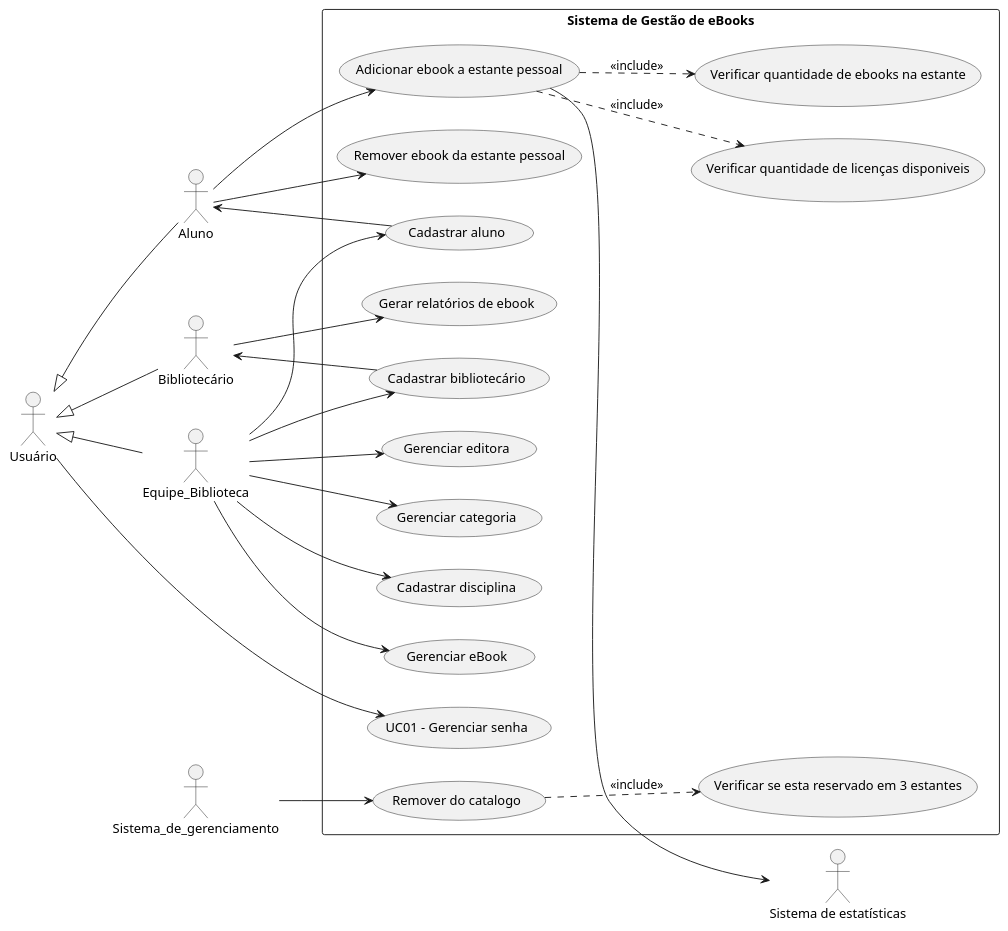
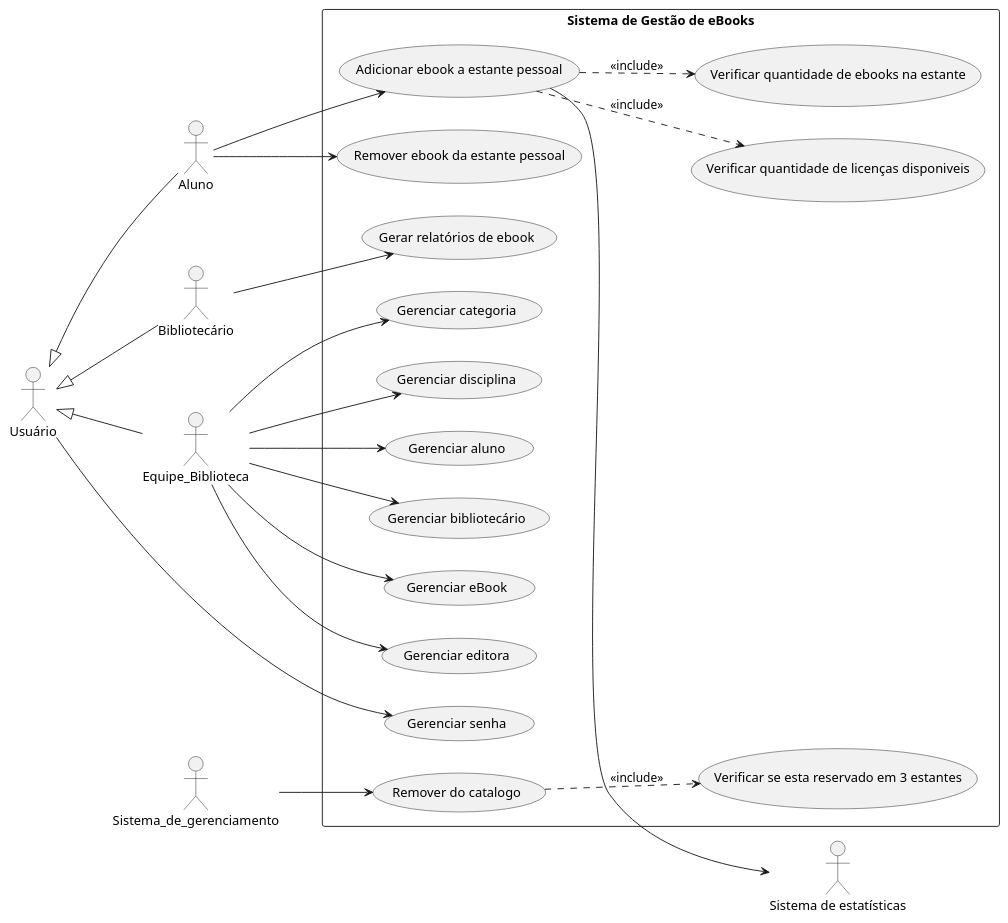
The diagram in docs/diagramas/casos-de-uso.puml (brunokilo/lab01-ebooks-biblioteca), drawn with PlantUML before and after one commit.

Commit message:
diagramas: substituição dos cadastrar por gerenciar

```diff
--- a/docs/diagramas/casos-de-uso.puml
+++ b/docs/diagramas/casos-de-uso.puml
@@ -1,54 +1,52 @@
 @startuml
 left to right direction
 skinparam packageStyle rectangle
 
 actor "Usuário" as Usuario
 actor Aluno
 actor "Bibliotecário" as Bibliotecario
 actor Equipe_Biblioteca
 actor Sistema_de_gerenciamento
 actor "Sistema de estatísticas" as Sistema_de_estatisticas
 
 rectangle "Sistema de Gestão de eBooks" {
-  usecase "UC01 - Gerenciar senha" as UC01
+  usecase "Gerenciar senha" as UC01
   usecase "Adicionar ebook a estante pessoal" as UC02
   usecase "Remover ebook da estante pessoal" as UC03
   usecase "Gerar relatórios de ebook" as UC04
   usecase "Gerenciar eBook" as UC05
   usecase "Gerenciar editora" as UC06
   usecase "Gerenciar categoria" as UC07
-  usecase "Cadastrar disciplina" as UC08
+  usecase "Gerenciar disciplina" as UC08
   usecase "Remover do catalogo" as UC09
   usecase "Verificar se esta reservado em 3 estantes" as UC10
   usecase "Verificar quantidade de ebooks na estante" as UC11
   usecase "Verificar quantidade de licenças disponiveis" as UC12
-  usecase "Cadastrar aluno" as UC13
-  usecase "Cadastrar bibliotecário" as UC14
+  usecase "Gerenciar aluno" as UC13
+  usecase "Gerenciar bibliotecário" as UC14
 }
 
 Usuario <|-- Equipe_Biblioteca 
 Usuario <|-- Bibliotecario 
 Usuario <|-- Aluno 
 
 Usuario --> (UC01)
 
 Equipe_Biblioteca --> (UC05)
 Equipe_Biblioteca --> (UC06)
 Equipe_Biblioteca --> (UC07)
 Equipe_Biblioteca --> (UC08)
 Equipe_Biblioteca --> (UC13)
 Equipe_Biblioteca --> (UC14)
-UC13 --> Aluno
-UC14 --> Bibliotecario
 
 Bibliotecario --> (UC04)
 
 Aluno --> (UC02)
 (UC02)..> (UC11) : <<include>>
 (UC02)..> (UC12) : <<include>>
 (UC02)--> Sistema_de_estatisticas
 Aluno --> (UC03)
 
 Sistema_de_gerenciamento --> (UC09)
 (UC09)..> (UC10) : <<include>>
 @enduml
```
